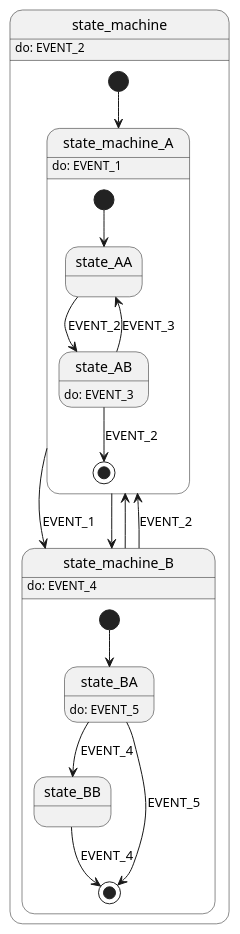
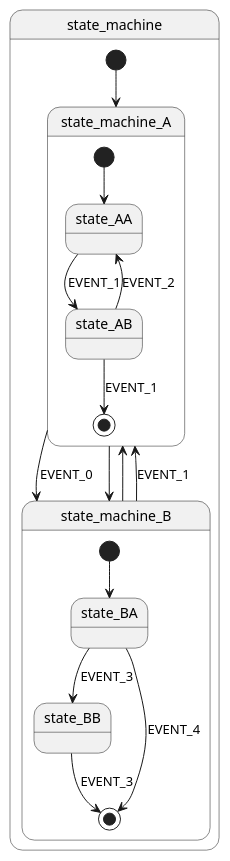
Before and after one commit to davmf/state-machine-upy: the diagram in state_machine.puml, drawn with PlantUML. The commit also changed 5 other files, not shown here.

```diff
--- a/state_machine.puml
+++ b/state_machine.puml
@@ -1,38 +1,38 @@
 @startuml state_machine
 
 state state_machine {
     state state_machine_A {
         state state_AA
         state state_AB
-        state state_AB : do: EVENT_3
+        state state_AB
 
         [*] --> state_AA
-        state_AA --> state_AB : EVENT_2
-        state_AB --> state_AA : EVENT_3
-        state_AB --> [*] : EVENT_2
+        state_AA --> state_AB : EVENT_1
+        state_AB --> state_AA : EVENT_2
+        state_AB --> [*] : EVENT_1
     }
-    state state_machine_A : do: EVENT_1
+    state state_machine_A
 
     state state_machine_B {
         state state_BA
-        state state_BA : do: EVENT_5
+        state state_BA
 
         state state_BB
 
         [*] --> state_BA
-        state_BA --> state_BB : EVENT_4
-        state_BA --> [*] : EVENT_5
-        state_BB --> [*] : EVENT_4
+        state_BA --> state_BB : EVENT_3
+        state_BA --> [*] : EVENT_4
+        state_BB --> [*] : EVENT_3
     }
-    state state_machine_B : do: EVENT_4
+    state state_machine_B
 
     [*] --> state_machine_A
-    state_machine_A --> state_machine_B : EVENT_1
+    state_machine_A --> state_machine_B : EVENT_0
     state_machine_A --> state_machine_B
-    state_machine_B --> state_machine_A : EVENT_2
+    state_machine_B --> state_machine_A : EVENT_1
     state_machine_B --> state_machine_A
 }
 
-state state_machine : do: EVENT_2
+state state_machine
 
 @enduml
```
